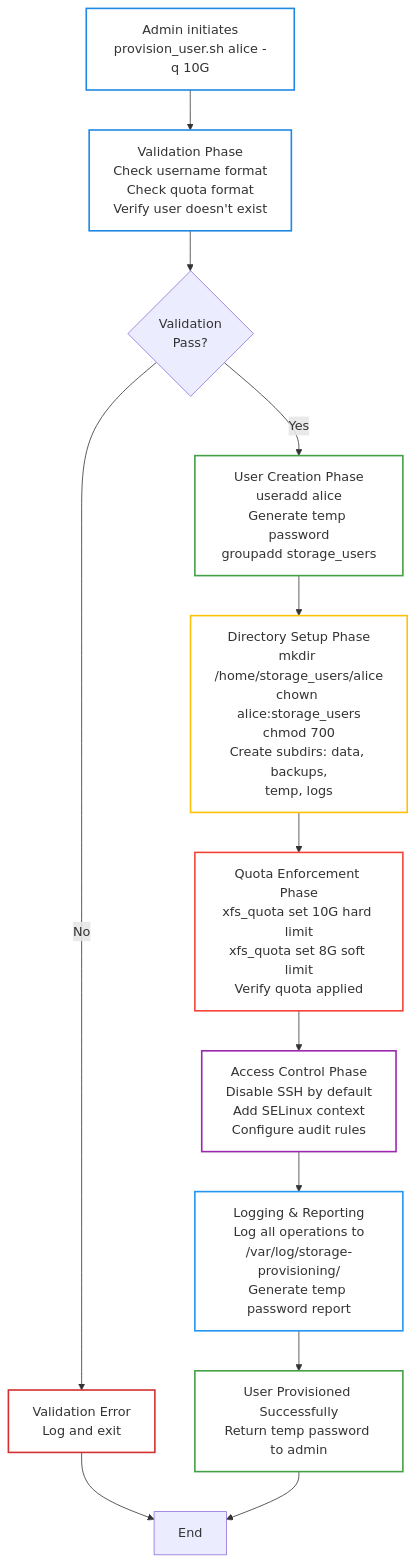
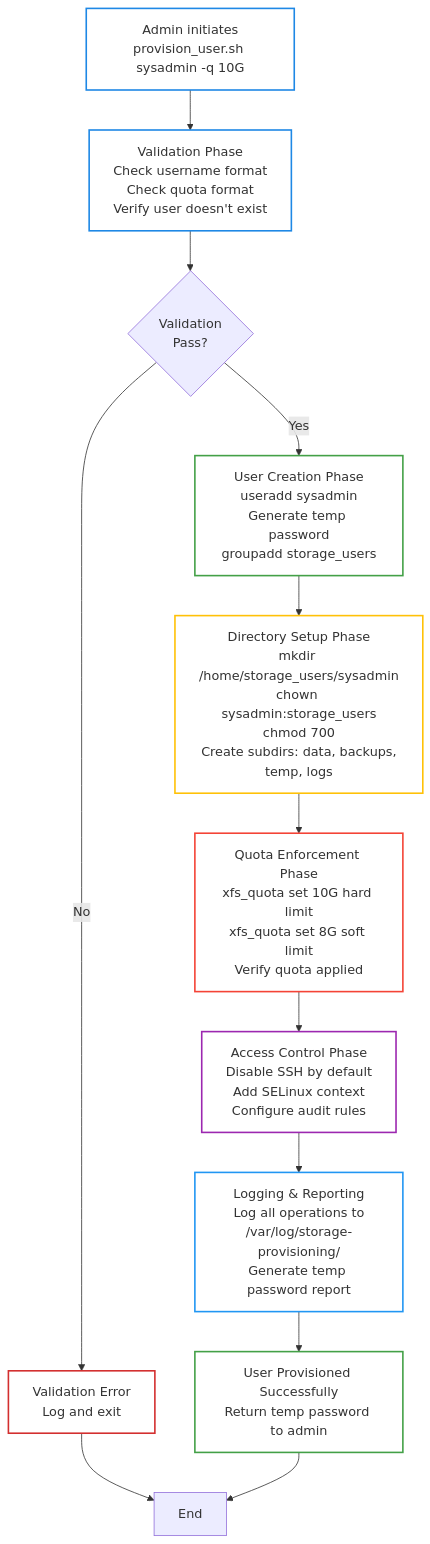
One commit to aaronwittchen/Automated-Storage-Provisioning-Tool changed the third of 7 diagrams in docs/architecture.md. Above: the diagram before and after it, drawn with Mermaid. The commit also changed other lines of this file and 8 other files, not shown here.

````diff
--- a/docs/architecture.md
+++ b/docs/architecture.md
@@ -108,31 +108,31 @@
 ```mermaid
 graph TD
-    Start["Admin initiates<br/>provision_user.sh alice -q 10G"] --> Val["Validation Phase<br/>Check username format<br/>Check quota format<br/>Verify user doesn't exist"]
+    Start["Admin initiates<br/>provision_user.sh sysadmin -q 10G"] --> Val["Validation Phase<br/>Check username format<br/>Check quota format<br/>Verify user doesn't exist"]
     
     Val --> ValOK{Validation<br/>Pass?}
     ValOK -->|No| VErr["Validation Error<br/>Log and exit"]
-    ValOK -->|Yes| Create["User Creation Phase<br/>useradd alice<br/>Generate temp password<br/>groupadd storage_users"]
+    ValOK -->|Yes| Create["User Creation Phase<br/>useradd sysadmin<br/>Generate temp password<br/>groupadd storage_users"]
     
-    Create --> Dir["Directory Setup Phase<br/>mkdir /home/storage_users/alice<br/>chown alice:storage_users<br/>chmod 700<br/>Create subdirs: data, backups,<br/>temp, logs"]
+    Create --> Dir["Directory Setup Phase<br/>mkdir /home/storage_users/sysadmin<br/>chown sysadmin:storage_users<br/>chmod 700<br/>Create subdirs: data, backups,<br/>temp, logs"]
     
     Dir --> Quota["Quota Enforcement Phase<br/>xfs_quota set 10G hard limit<br/>xfs_quota set 8G soft limit<br/>Verify quota applied"]
     
     Quota --> Access["Access Control Phase<br/>Disable SSH by default<br/>Add SELinux context<br/>Configure audit rules"]
     
     Access --> Log["Logging & Reporting<br/>Log all operations to<br/>/var/log/storage-provisioning/<br/>Generate temp password report"]
     
     Log --> Success["User Provisioned Successfully<br/>Return temp password to admin"]
     
     VErr --> End["End"]
     Success --> End
     
     style Start fill:none,stroke:#1e88e5,stroke-width:2px
     style Val fill:none,stroke:#1e88e5,stroke-width:2px
     style Create fill:none,stroke:#43a047,stroke-width:2px
     style Dir fill:none,stroke:#ffc107,stroke-width:2px
     style Quota fill:none,stroke:#f44336,stroke-width:2px
     style Access fill:none,stroke:#9c27b0,stroke-width:2px
     style Log fill:none,stroke:#2196f3,stroke-width:2px
     style Success fill:none,stroke:#43a047,stroke-width:2px
     style VErr fill:none,stroke:#d32f2f,stroke-width:2px
 ```
````
